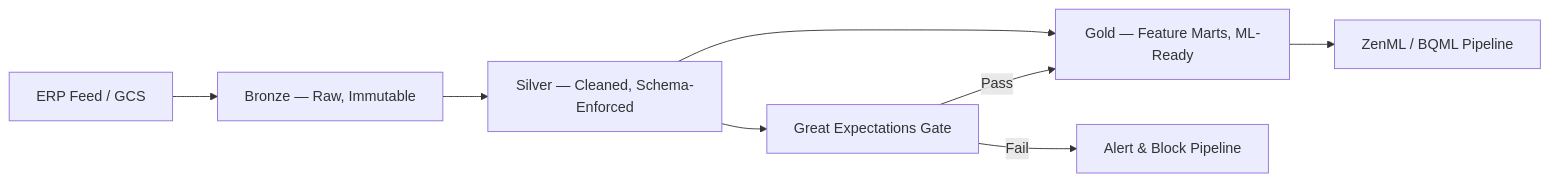
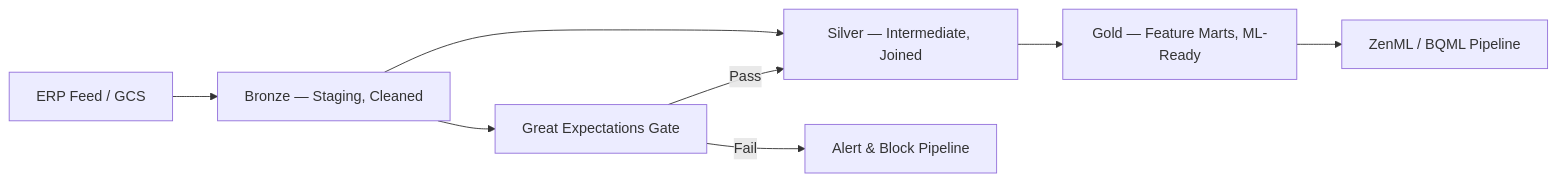
Before and after one commit to axel-mauroy/data-foundation: the diagram in .agents/rules/DataEngineering.md, drawn with Mermaid. The commit also changed other lines of this file and 8 other files, not shown here.

````diff
--- a/.agents/rules/DataEngineering.md
+++ b/.agents/rules/DataEngineering.md
@@ -27,10 +27,10 @@
 ```mermaid
 graph LR
-    A[ERP Feed / GCS] --> B[Bronze — Raw, Immutable]
-    B --> C[Silver — Cleaned, Schema-Enforced]
+    A[ERP Feed / GCS] --> B[Bronze — Staging, Cleaned]
+    B --> C[Silver — Intermediate, Joined]
     C --> D[Gold — Feature Marts, ML-Ready]
     D --> E[ZenML / BQML Pipeline]
-    C --> F[Great Expectations Gate]
-    F -->|Pass| D
+    B --> F[Great Expectations Gate]
+    F -->|Pass| C
     F -->|Fail| G[Alert & Block Pipeline]
 ```
````
